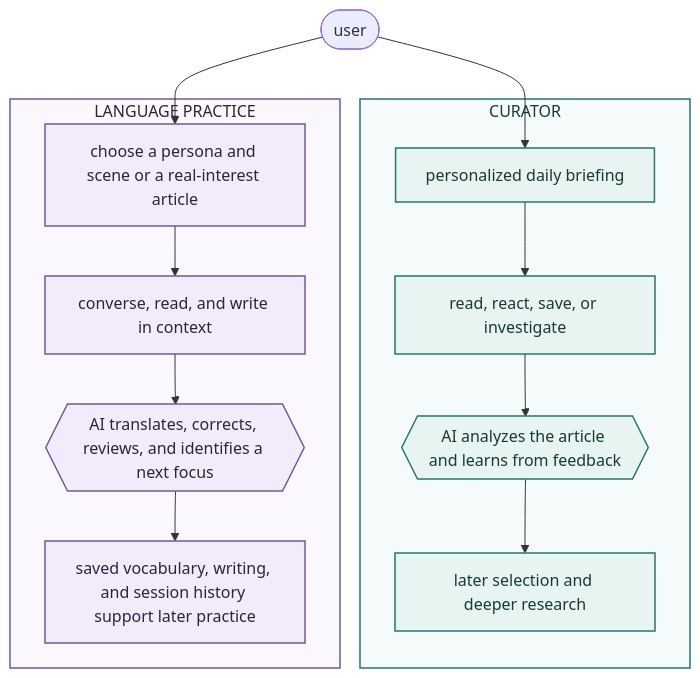
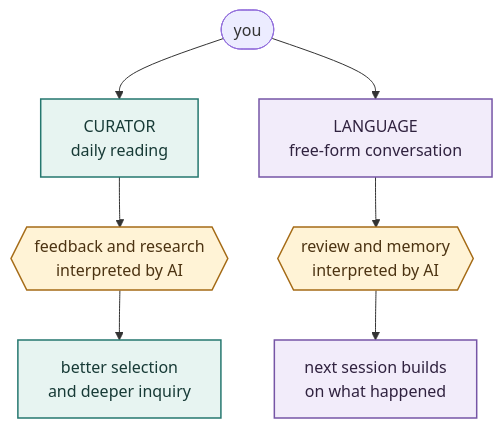
One commit to robertvanstedum/personal-ai-agents changed the first of 5 diagrams in README.md. Above: the diagram before and after it, drawn with Mermaid. The commit also changed other lines of this file and 14 other files, not shown here.

````diff
--- a/README.md
+++ b/README.md
@@ -47,26 +51,19 @@
 ```mermaid
 flowchart TB
-    U([user])
+    U([you])
 
-    subgraph C["CURATOR"]
-        C1[personalized daily briefing] --> C2[read, react, save, or investigate]
-        C2 --> C3{{AI analyzes the article and learns from feedback}}
-        C3 --> C4[later selection and deeper research]
-    end
+    U --> C1[CURATOR<br/>daily reading]
+    C1 --> C2{{feedback and research<br/>interpreted by AI}}
+    C2 --> C3[better selection<br/>and deeper inquiry]
 
-    subgraph L["LANGUAGE PRACTICE"]
-        L1[choose a persona and scene or a real-interest article] --> L2[converse, read, and write in context]
-        L2 --> L3{{AI translates, corrects, reviews, and identifies a next focus}}
-        L3 --> L4[saved vocabulary, writing, and session history support later practice]
-    end
-
-    U --> C1
-    U --> L1
+    U --> L1[LANGUAGE<br/>free-form conversation]
+    L1 --> L2{{review and memory<br/>interpreted by AI}}
+    L2 --> L3[next session builds<br/>on what happened]
 
     classDef curator fill:#E7F4F1,stroke:#25776F,color:#173A36,stroke-width:1.5px
     classDef language fill:#F2ECFA,stroke:#7655A6,color:#30223F,stroke-width:1.5px
-    class C1,C2,C3,C4 curator
-    class L1,L2,L3,L4 language
-    style C fill:#F5FBFA,stroke:#25776F,stroke-width:1.5px,color:#173A36
-    style L fill:#FAF7FD,stroke:#7655A6,stroke-width:1.5px,color:#30223F
+    classDef ai fill:#FFF3D6,stroke:#A56B16,color:#4C3312,stroke-width:1.5px
+    class C1,C3 curator
+    class L1,L3 language
+    class C2,L2 ai
 ```
````
